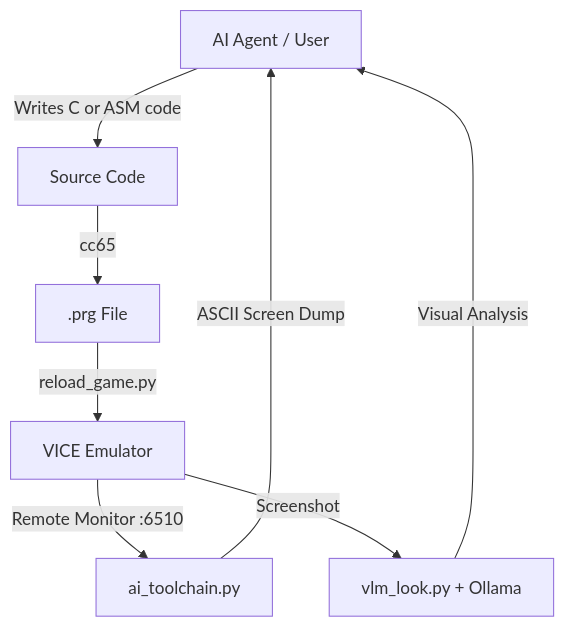
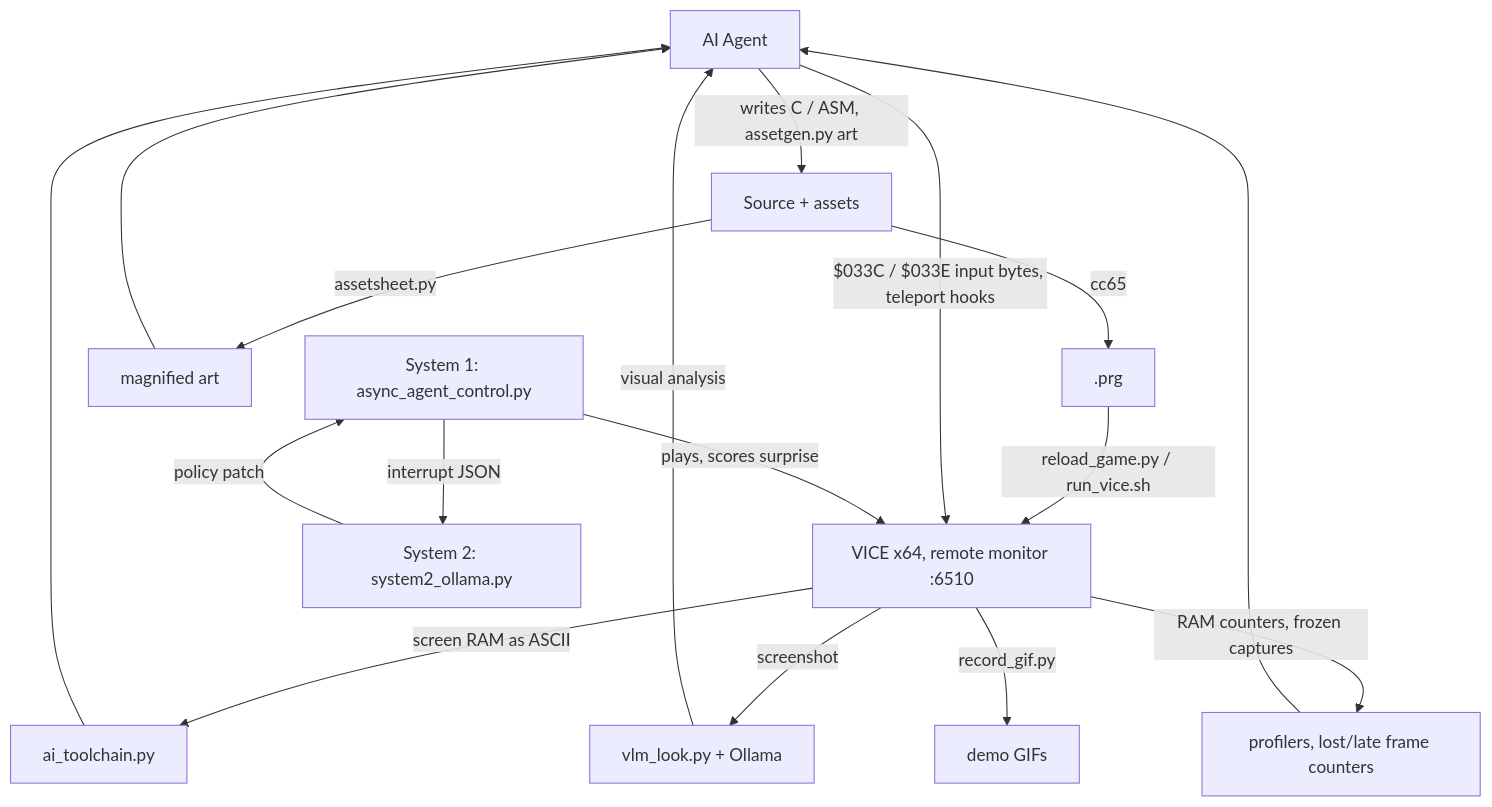
The diagram in README.md (dexmac221/C64AIToolChain), drawn with Mermaid before and after one commit. The commit also changed other lines of this file, not shown here.

Commit message:
README: brought up to date with the Claude Code generation of games and tools

````diff
--- a/README.md
+++ b/README.md
@@ -140,10 +155,19 @@
 ```mermaid
 graph TD
-    AI[AI Agent / User] -->|Writes C or ASM code| Code[Source Code]
-    Code -->|cc65| Binary[.prg File]
-    Binary -->|reload_game.py| VICE[VICE Emulator]
-    VICE -->|Remote Monitor :6510| Bridge[ai_toolchain.py]
-    Bridge -->|ASCII Screen Dump| AI
-    VICE -->|Screenshot| VLM[vlm_look.py + Ollama]
-    VLM -->|Visual Analysis| AI
+    AI[AI Agent] -->|writes C / ASM, assetgen.py art| Code[Source + assets]
+    Code -->|cc65| Binary[.prg]
+    Binary -->|reload_game.py / run_vice.sh| VICE[VICE x64, remote monitor :6510]
+    VICE -->|screen RAM as ASCII| Bridge[ai_toolchain.py]
+    Bridge --> AI
+    VICE -->|screenshot| VLM[vlm_look.py + Ollama]
+    VLM -->|visual analysis| AI
+    VICE -->|RAM counters, frozen captures| Probes[profilers, lost/late frame counters]
+    Probes --> AI
+    AI -->|"$033C / $033E input bytes, teleport hooks"| VICE
+    Code -->|assetsheet.py| Sheet[magnified art]
+    Sheet --> AI
+    VICE -->|record_gif.py| GIF[demo GIFs]
+    S1[System 1: async_agent_control.py] -->|plays, scores surprise| VICE
+    S1 -->|interrupt JSON| S2[System 2: system2_ollama.py]
+    S2 -->|policy patch| S1
 ```
````
